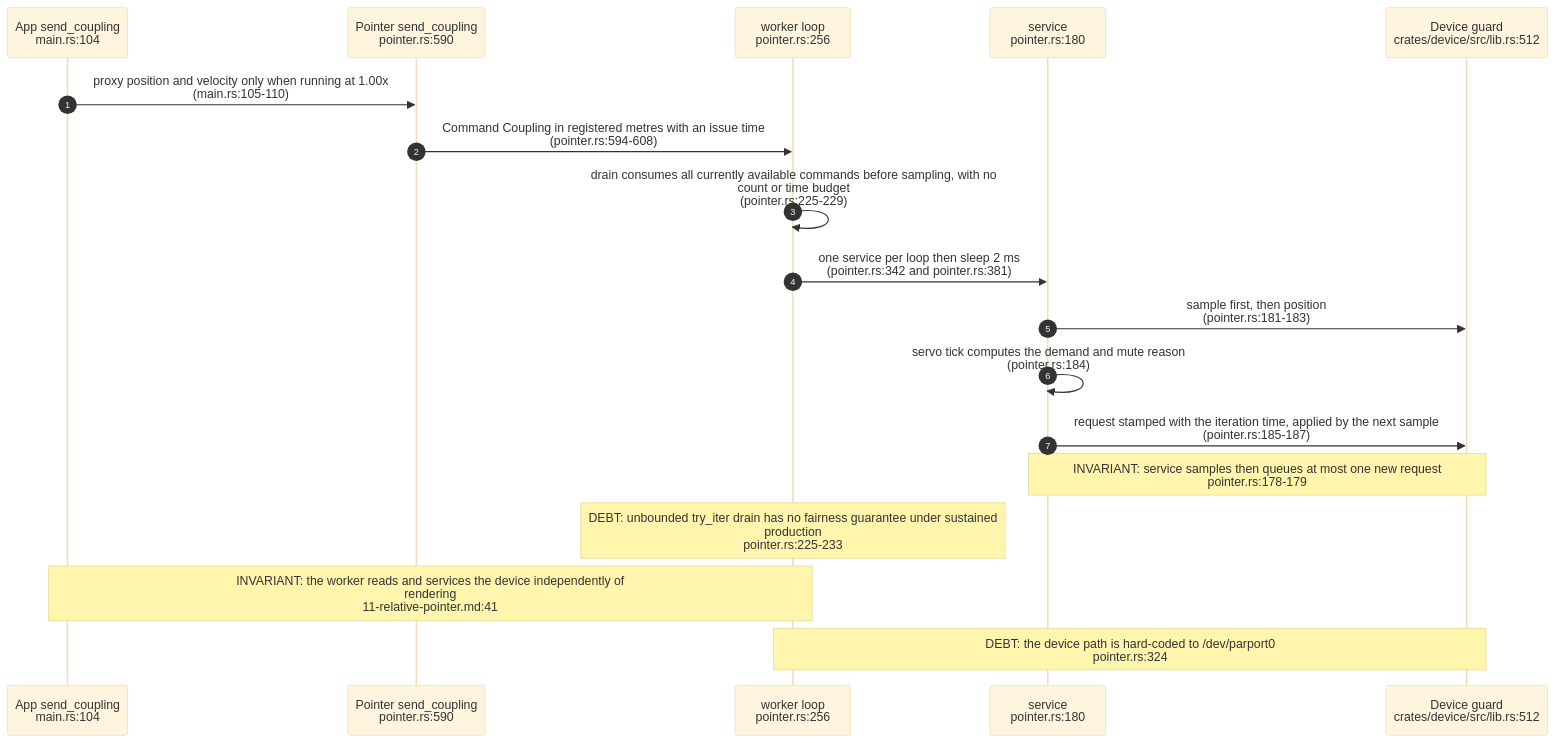
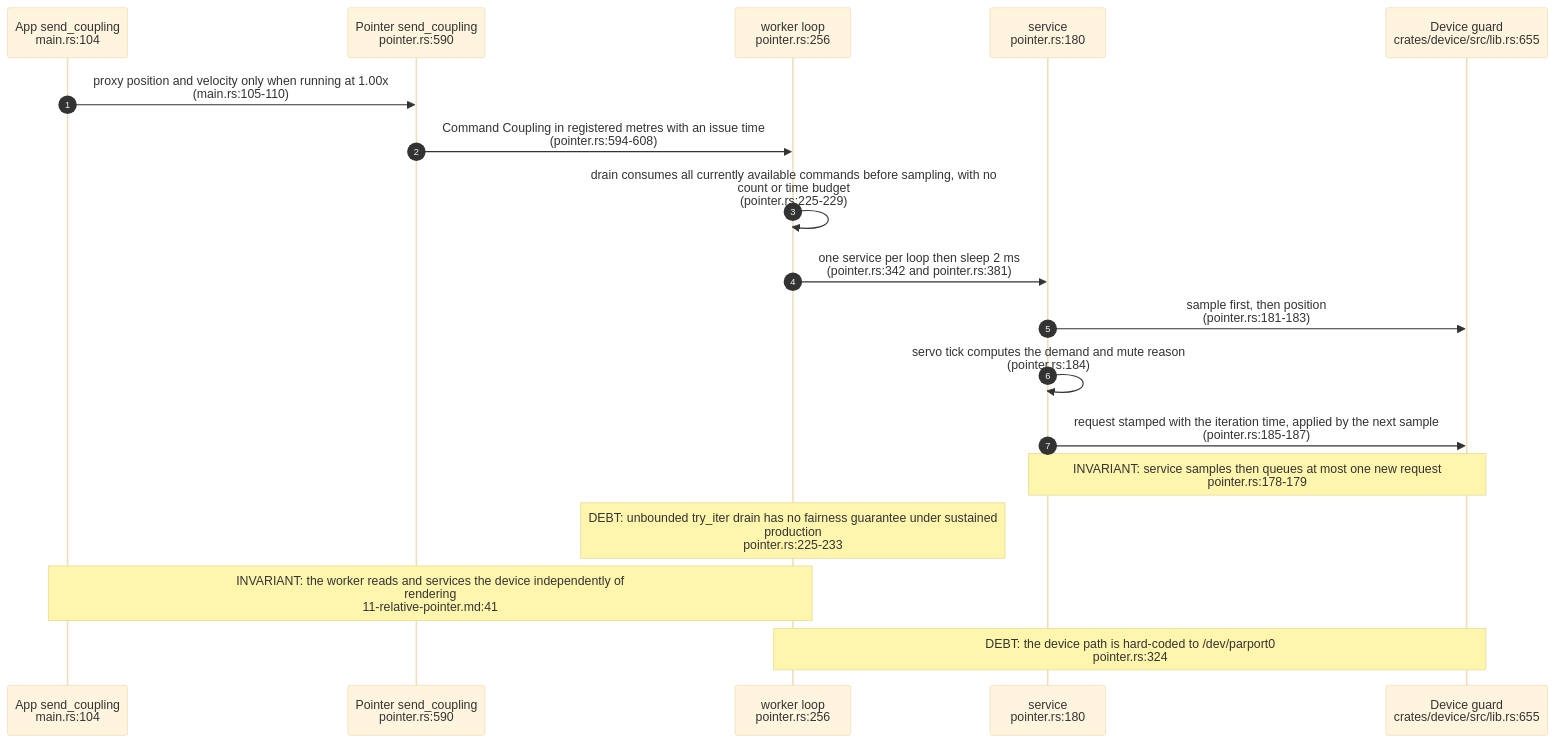
The first of 5 diagrams in docs/diagrams/visiontouch-rs/04-mass-lab-servo-rate-coupling.md (DreamLab-AI/VisionFlow), drawn with Mermaid (base theme) before and after one commit. The commit also changed other lines of this file and 36 other files, not shown here.

First line of the commit message:
docs(diagrams): re-derive and re-stamp agentbox, dream-engine, visioncraft, visiontouch and vowl topics; drop LAN addresses

````diff
--- a/docs/diagrams/visiontouch-rs/04-mass-lab-servo-rate-coupling.md
+++ b/docs/diagrams/visiontouch-rs/04-mass-lab-servo-rate-coupling.md
@@ -34,20 +34,20 @@
 ```mermaid
 sequenceDiagram
     autonumber
     participant UI as App send_coupling<br/>main.rs:104
     participant PT as Pointer send_coupling<br/>pointer.rs:590
     participant WK as worker loop<br/>pointer.rs:256
     participant SV as service<br/>pointer.rs:180
-    participant DV as Device guard<br/>crates/device/src/lib.rs:512
+    participant DV as Device guard<br/>crates/device/src/lib.rs:655
     UI->>PT: proxy position and velocity only when running at 1.00x<br/>(main.rs:105-110)
     PT->>WK: Command Coupling in registered metres with an issue time<br/>(pointer.rs:594-608)
     WK->>WK: drain consumes all currently available commands before sampling, with no<br/>count or time budget<br/>(pointer.rs:225-229)
     WK->>SV: one service per loop then sleep 2 ms<br/>(pointer.rs:342 and pointer.rs:381)
     SV->>DV: sample first, then position<br/>(pointer.rs:181-183)
     SV->>SV: servo tick computes the demand and mute reason<br/>(pointer.rs:184)
     SV->>DV: request stamped with the iteration time, applied by the next sample<br/>(pointer.rs:185-187)
     Note over SV,DV: INVARIANT: service samples then queues at most one new request<br/>pointer.rs:178-179
     Note over WK: DEBT: unbounded try_iter drain has no fairness guarantee under sustained<br/>production<br/>pointer.rs:225-233
     Note over UI,WK: INVARIANT: the worker reads and services the device independently of<br/>rendering<br/>11-relative-pointer.md:41
     Note over WK,DV: DEBT: the device path is hard-coded to /dev/parport0<br/>pointer.rs:324
 ```
````
